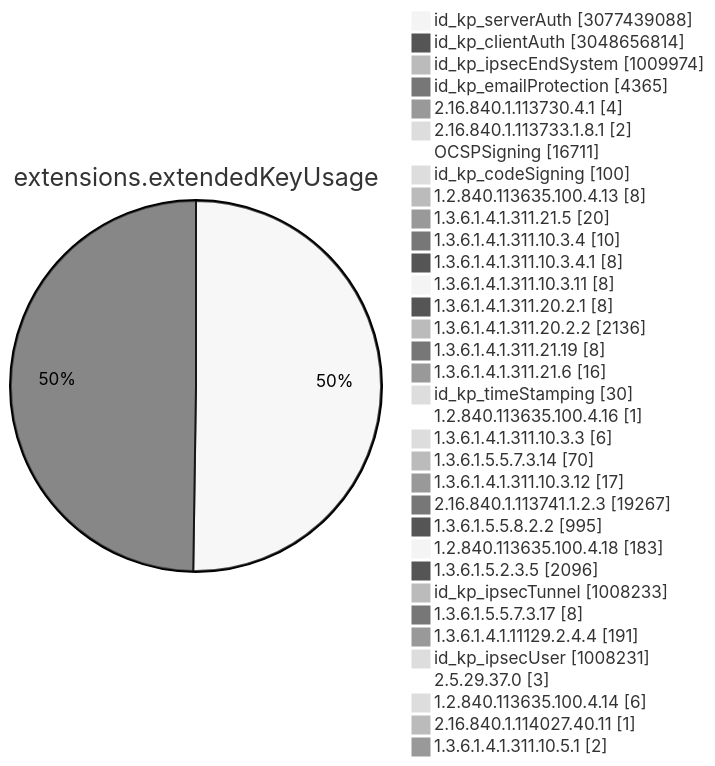
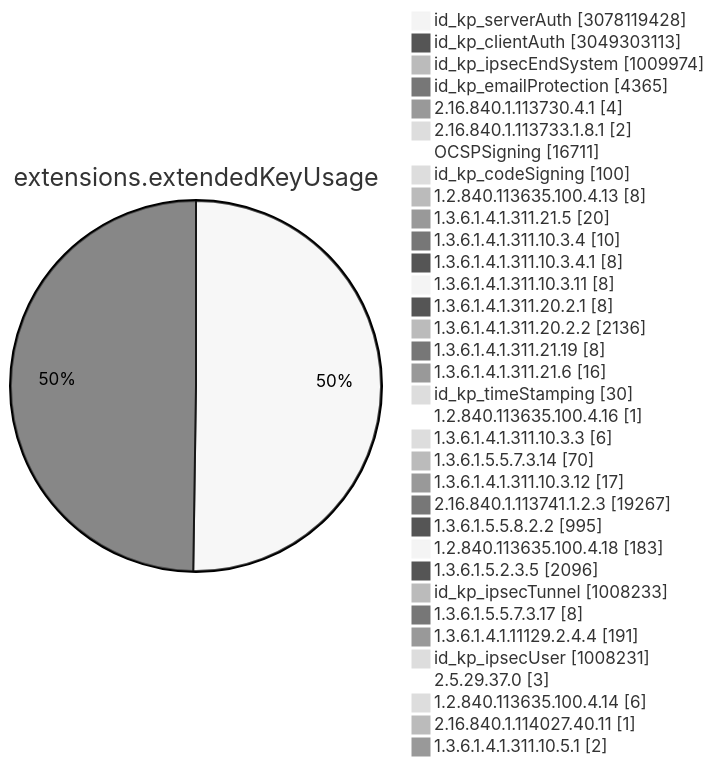
Diagram 11 of 15 in TOTAL/README.md (christiankrug/ctmonitor_visualization), drawn with Mermaid (neutral theme) before and after one commit. The commit also changed other lines of this file, not shown here.

````diff
--- a/TOTAL/README.md
+++ b/TOTAL/README.md
@@ -4117,38 +4117,38 @@
 ```mermaid
 pie showData
 title extensions.extendedKeyUsage
-"id_kp_serverAuth" :3077439088
-"id_kp_clientAuth" :3048656814
+"id_kp_serverAuth" :3078119428
+"id_kp_clientAuth" :3049303113
 "id_kp_ipsecEndSystem" :1009974
 "id_kp_emailProtection" :4365
 "2.16.840.1.113730.4.1" :4
 "2.16.840.1.113733.1.8.1" :2
 "OCSPSigning" :16711
 "id_kp_codeSigning" :100
 "1.2.840.113635.100.4.13" :8
 "1.3.6.1.4.1.311.21.5" :20
 "1.3.6.1.4.1.311.10.3.4" :10
 "1.3.6.1.4.1.311.10.3.4.1" :8
 "1.3.6.1.4.1.311.10.3.11" :8
 "1.3.6.1.4.1.311.20.2.1" :8
 "1.3.6.1.4.1.311.20.2.2" :2136
 "1.3.6.1.4.1.311.21.19" :8
 "1.3.6.1.4.1.311.21.6" :16
 "id_kp_timeStamping" :30
 "1.2.840.113635.100.4.16" :1
 "1.3.6.1.4.1.311.10.3.3" :6
 "1.3.6.1.5.5.7.3.14" :70
 "1.3.6.1.4.1.311.10.3.12" :17
 "2.16.840.1.113741.1.2.3" :19267
 "1.3.6.1.5.5.8.2.2" :995
 "1.2.840.113635.100.4.18" :183
 "1.3.6.1.5.2.3.5" :2096
 "id_kp_ipsecTunnel" :1008233
 "1.3.6.1.5.5.7.3.17" :8
 "1.3.6.1.4.1.11129.2.4.4" :191
 "id_kp_ipsecUser" :1008231
 "2.5.29.37.0" :3
 "1.2.840.113635.100.4.14" :6
 "2.16.840.1.114027.40.11" :1
 "1.3.6.1.4.1.311.10.5.1" :2
 ```
````
